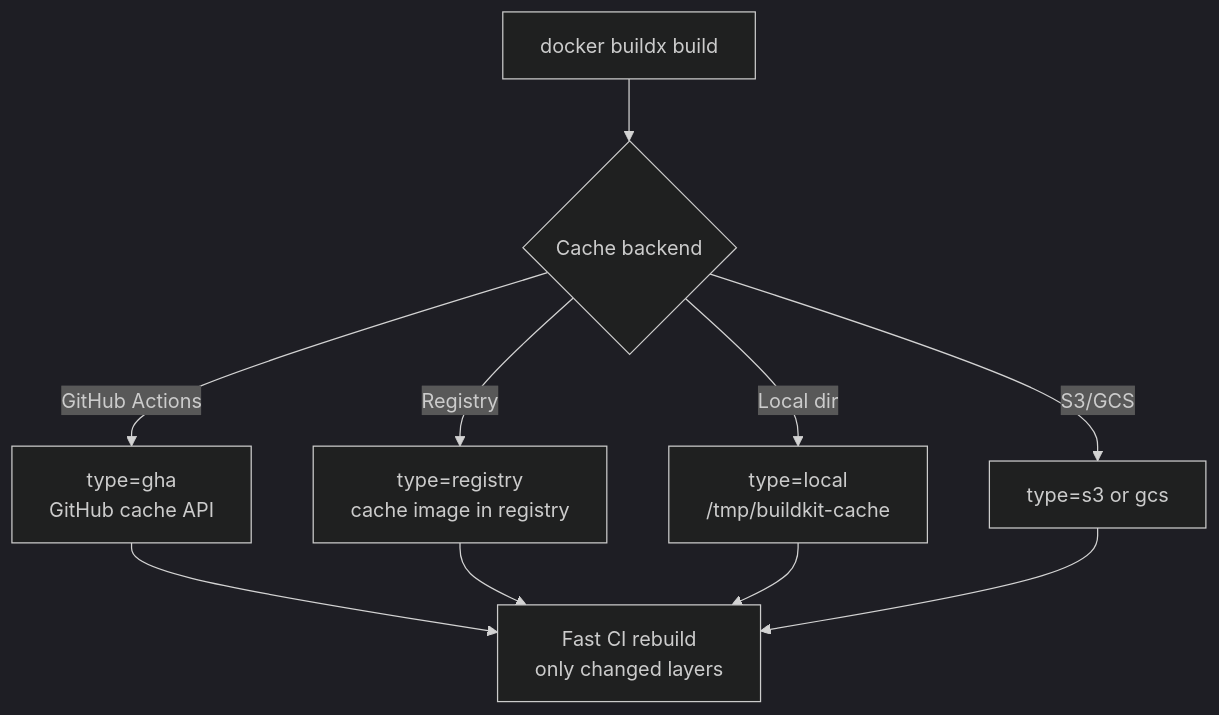
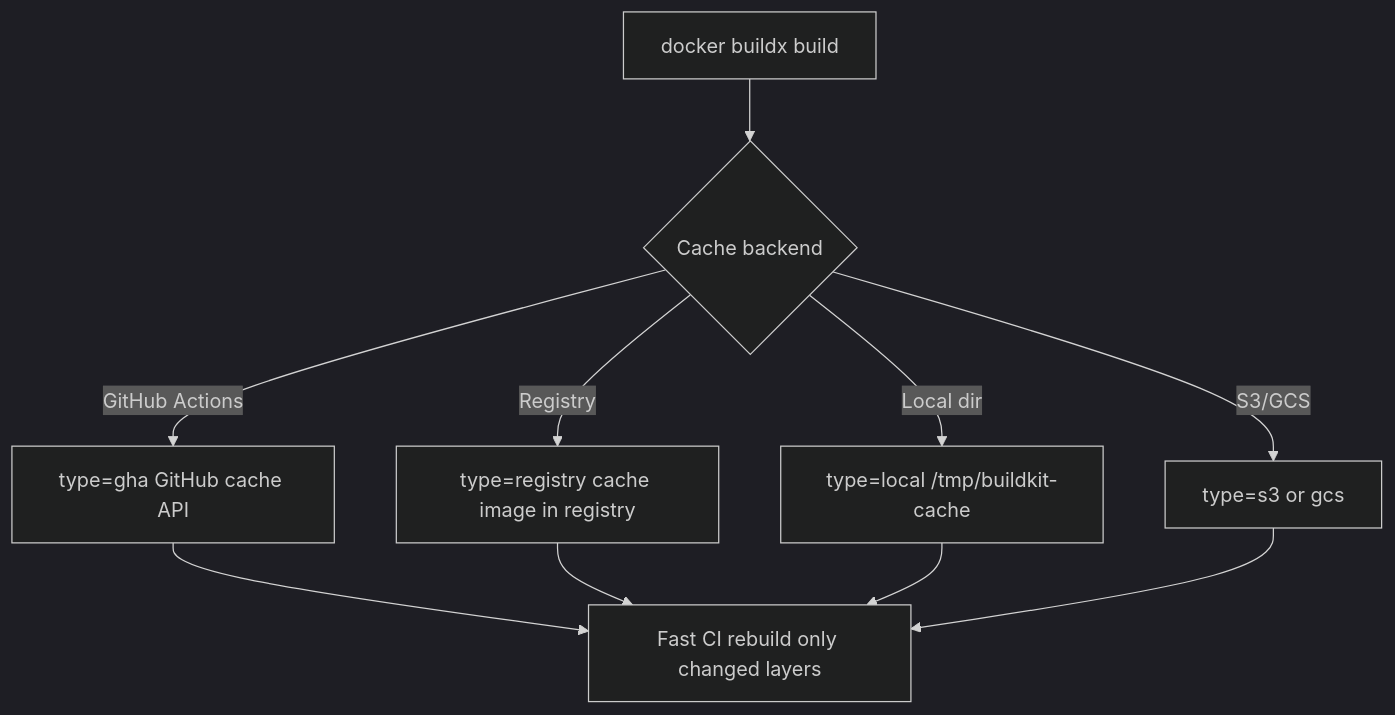
Before and after one commit to UncleJS/course_k3s: the fifth of 6 diagrams in 17_docker_to_k3s/03_images_and_registries.md, drawn with Mermaid (dark theme). The commit also changed other lines of this file and 57 other files, not shown here.

````diff
--- a/17_docker_to_k3s/03_images_and_registries.md
+++ b/17_docker_to_k3s/03_images_and_registries.md
@@ -356,12 +356,12 @@
 ```mermaid
 flowchart TD
     A[docker buildx build] --> B{Cache backend}
-    B -->|GitHub Actions| C[type=gha\nGitHub cache API]
-    B -->|Registry| D[type=registry\ncache image in registry]
-    B -->|Local dir| E[type=local\n/tmp/buildkit-cache]
+    B -->|GitHub Actions| C[type=gha GitHub cache API]
+    B -->|Registry| D[type=registry cache image in registry]
+    B -->|Local dir| E[type=local /tmp/buildkit-cache]
     B -->|S3/GCS| F[type=s3 or gcs]
-    C --> G[Fast CI rebuild\nonly changed layers]
+    C --> G[Fast CI rebuild only changed layers]
     D --> G
     E --> G
     F --> G
 ```
````
